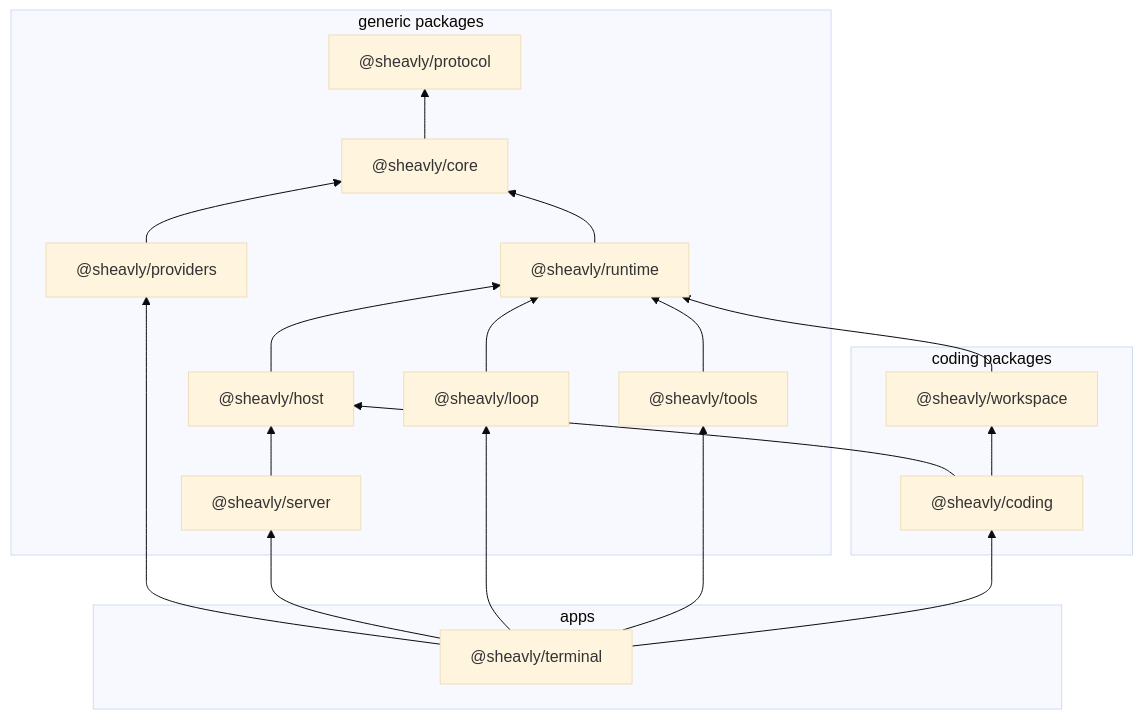
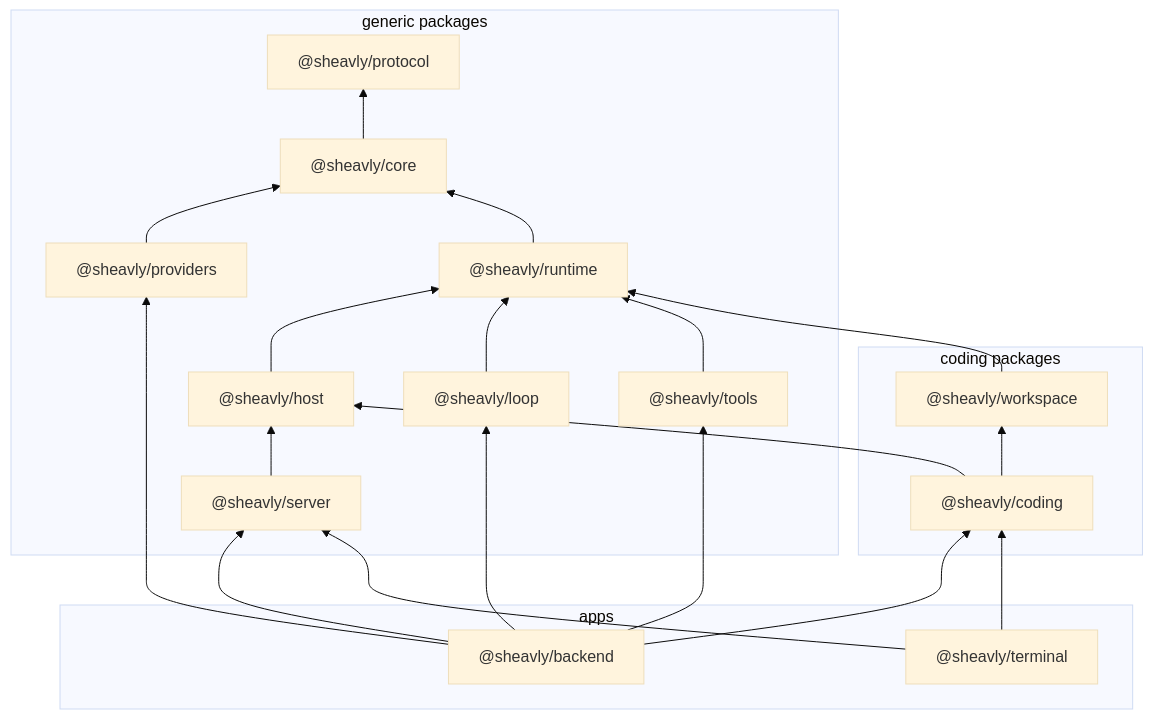
The diagram in docs/overview.md (Sheavly/code), drawn with Mermaid (base theme) before and after one commit. The commit also changed other lines of this file and 61 other files, not shown here.

First line of the commit message:
feat(backend): run the harness as a backend app, the terminal its client

````diff
--- a/docs/overview.md
+++ b/docs/overview.md
@@ -35,35 +35,38 @@
 ```mermaid
 flowchart BT
   subgraph group_generic ["generic packages"]
     core["@sheavly/core"]
     host["@sheavly/host"]
     loop["@sheavly/loop"]
     protocol["@sheavly/protocol"]
     providers["@sheavly/providers"]
     runtime["@sheavly/runtime"]
     server["@sheavly/server"]
     tools["@sheavly/tools"]
   end
   subgraph group_coding ["coding packages"]
     coding["@sheavly/coding"]
     workspace["@sheavly/workspace"]
   end
   subgraph group_apps ["apps"]
+    backend["@sheavly/backend"]
     terminal["@sheavly/terminal"]
   end
+  backend --> coding
+  backend --> loop
+  backend --> providers
+  backend --> server
+  backend --> tools
   coding --> host
   coding --> workspace
   core --> protocol
   host --> runtime
   loop --> runtime
   providers --> core
   runtime --> core
   server --> host
   terminal --> coding
-  terminal --> loop
-  terminal --> providers
   terminal --> server
-  terminal --> tools
   tools --> runtime
   workspace --> runtime
 ```
````
